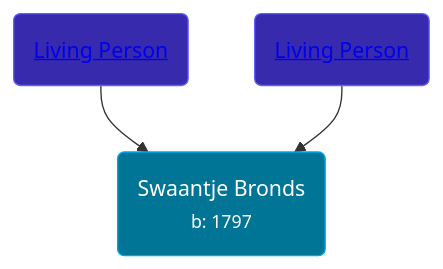
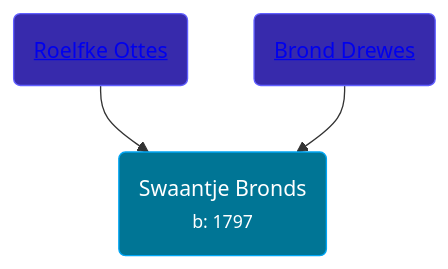
One commit to wpmgotkh/wpmgotkh.github.io changed the diagram in pages/people/8/88698980.md. Above: the diagram before and after it, drawn with Mermaid. The commit also changed other lines of this file and 586 other files, not shown here.

Commit message:
feat: better shouldConsiderPersonLiving algo

````diff
--- a/pages/people/8/88698980.md
+++ b/pages/people/8/88698980.md
@@ -10,9 +10,9 @@
 ```mermaid
 graph
 classDef grands fill:#193cb8,stroke:#2b7fff,stroke-width:1px,color:#fff;
 classDef parents fill:#372aac,stroke:#615fff,stroke-width:1px,color:#fff;
 classDef primary fill:#007595,stroke:#00a6f4,stroke-width:1px,color:#fff;
 88698980(Swaantje Bronds<br /><small>b: 1797</small>):::primary
-60456805(<a class="text-white" href="/people/6/60456805">Living Person</a>):::parents-->88698980
-66210050(<a class="text-white" href="/people/6/66210050">Living Person</a>):::parents-->88698980
+60456805(<a class="text-white" href="/people/6/60456805">Roelfke Ottes</a>):::parents-->88698980
+66210050(<a class="text-white" href="/people/6/66210050">Brond Drewes</a>):::parents-->88698980
 ```
````
